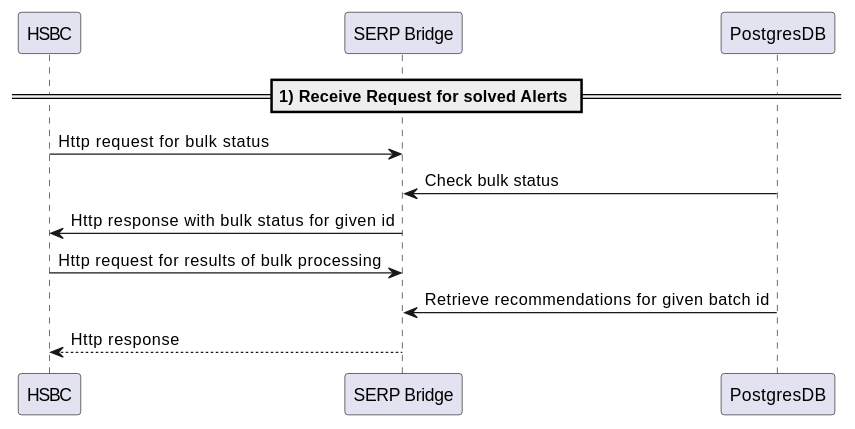
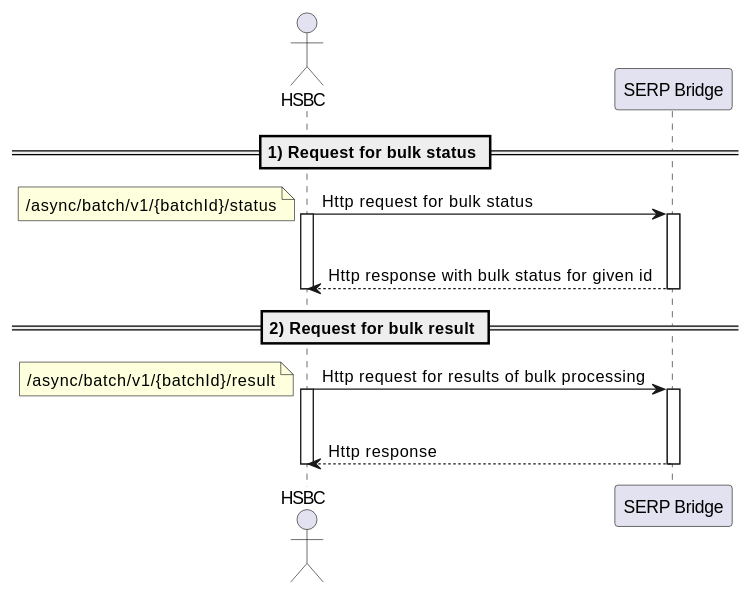
The diagram in modules/hsbc-bridge/docs/diagrams/request-for-solved-alerts.adoc (ngraczykowski/iris-root), drawn with PlantUML before and after one commit. The commit also changed 8 other files, not shown here.

Commit message:
INTERNAL: Review all documentation diagrams (ALL-256)

```diff
--- a/modules/hsbc-bridge/docs/diagrams/request-for-solved-alerts.adoc
+++ b/modules/hsbc-bridge/docs/diagrams/request-for-solved-alerts.adoc
@@ -1,17 +1,33 @@
 [plantuml,importing-steps,svg]
 -----
 @startuml
-participant HSBC
-participant "SERP Bridge"
+actor HSBC
+participant "SERP Bridge" as bridge
 
-participant PostgresDB
-== **1) Receive Request for solved Alerts** ==
-HSBC -> "SERP Bridge": Http request for bulk status
-"SERP Bridge" <- PostgresDB: Check bulk status
-HSBC <- "SERP Bridge": Http response with bulk status for given id
+== **1) Request for bulk status** ==
 
-HSBC -> "SERP Bridge": Http request for results of bulk processing
-"SERP Bridge" <- PostgresDB: Retrieve recommendations for given batch id
-"SERP Bridge" --> HSBC: Http response
+HSBC -> bridge: Http request for bulk status
+note left
+    /async/batch/v1/{batchId}/status
+end note
+activate HSBC
+activate bridge
+|||
+HSBC <-- bridge: Http response with bulk status for given id
+deactivate HSBC
+deactivate bridge
+
+== **2) Request for bulk result** ==
+HSBC -> bridge: Http request for results of bulk processing
+note left
+    /async/batch/v1/{batchId}/result
+end note
+activate HSBC
+activate bridge
+|||
+bridge --> HSBC: Http response
+deactivate HSBC
+deactivate bridge
+
 @enduml
 -----
```
